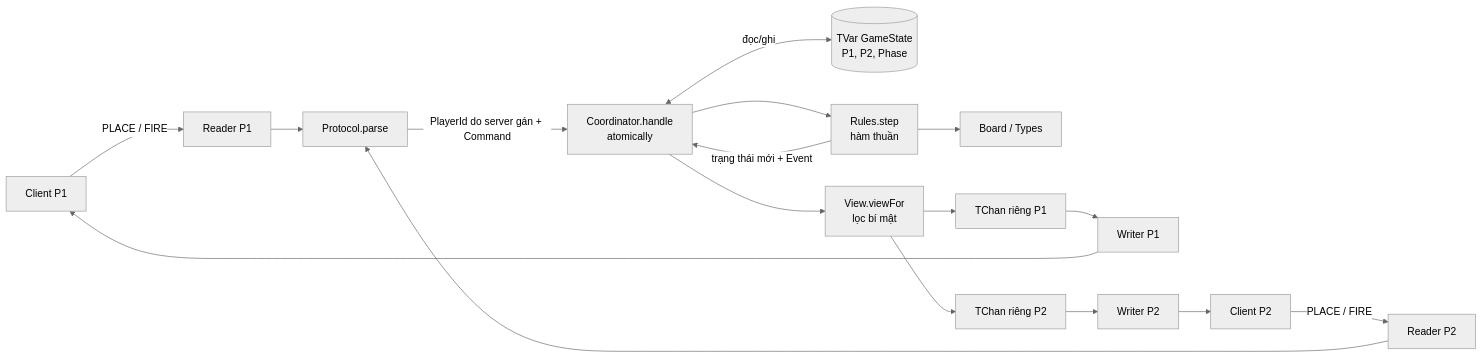
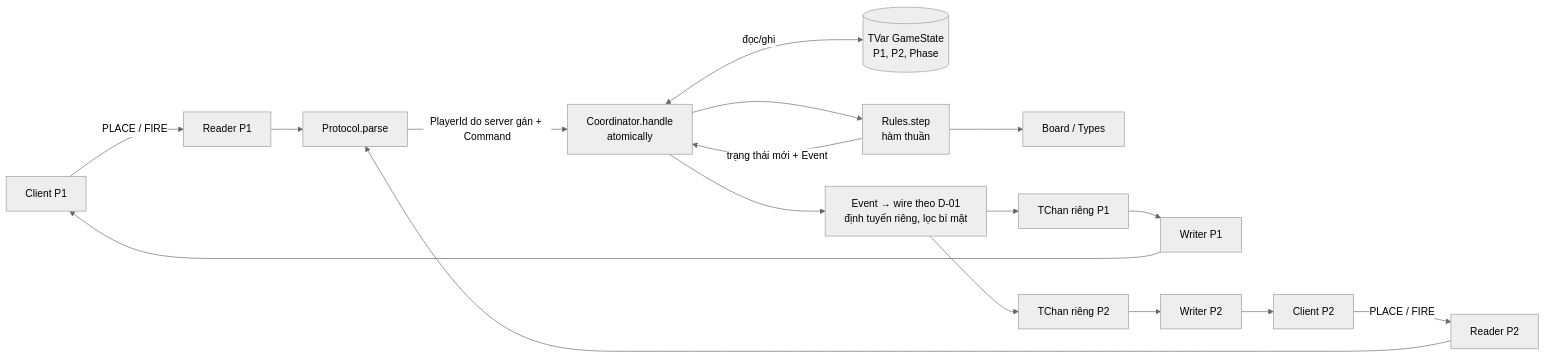
Before and after one commit to MinhLight2406/BattleShip_Haskell: the diagram in docs/architecture.md, drawn with Mermaid (neutral theme). The commit also changed other lines of this file and 5 other files, not shown here.

````diff
--- a/docs/architecture.md
+++ b/docs/architecture.md
@@ -5,17 +5,17 @@
 ```mermaid
 flowchart LR
     P1["Client P1"] -->|"PLACE / FIRE"| N1["Reader P1"]
     P2["Client P2"] -->|"PLACE / FIRE"| N2["Reader P2"]
     N1 --> PARSE["Protocol.parse"]
     N2 --> PARSE
     PARSE -->|"PlayerId do server gán + Command"| CO["Coordinator.handle<br/>atomically"]
     CO <-->|"đọc/ghi"| GS[("TVar GameState<br/>P1, P2, Phase")]
     CO --> STEP["Rules.step<br/>hàm thuần"]
     STEP --> BOARD["Board / Types"]
     STEP -->|"trạng thái mới + Event"| CO
-    CO --> VIEW["View.viewFor<br/>lọc bí mật"]
-    VIEW --> Q1["TChan riêng P1"]
-    VIEW --> Q2["TChan riêng P2"]
+    CO --> ROUTE["Event → wire theo D-01<br/>định tuyến riêng, lọc bí mật"]
+    ROUTE --> Q1["TChan riêng P1"]
+    ROUTE --> Q2["TChan riêng P2"]
     Q1 --> W1["Writer P1"] --> P1
     Q2 --> W2["Writer P2"] --> P2
 ```
````
